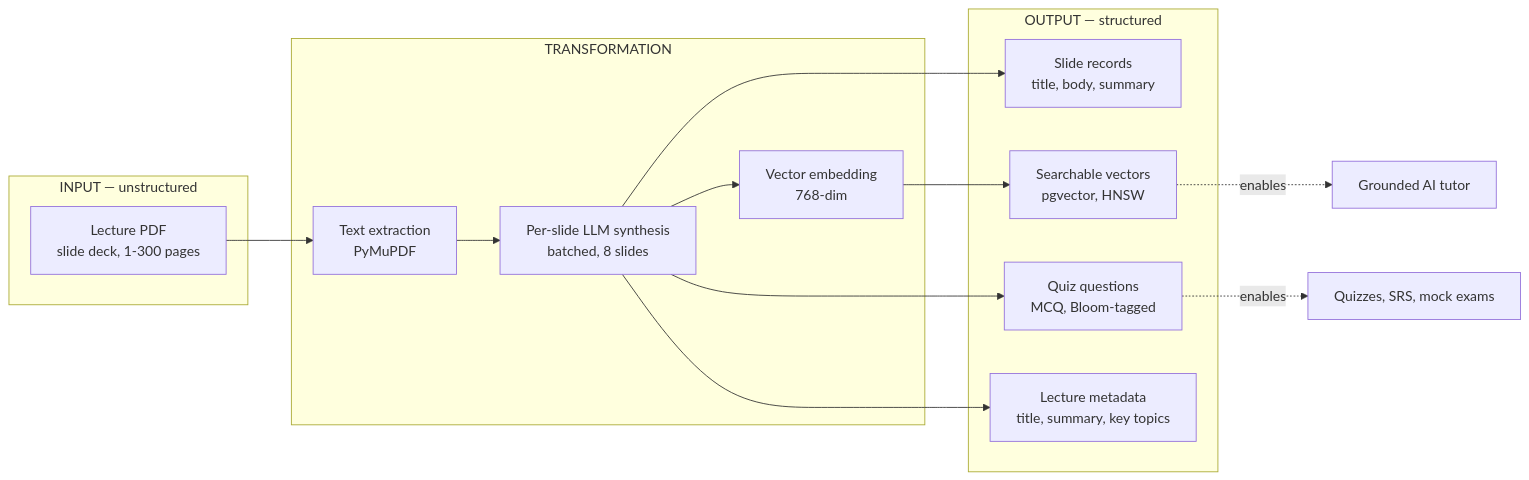
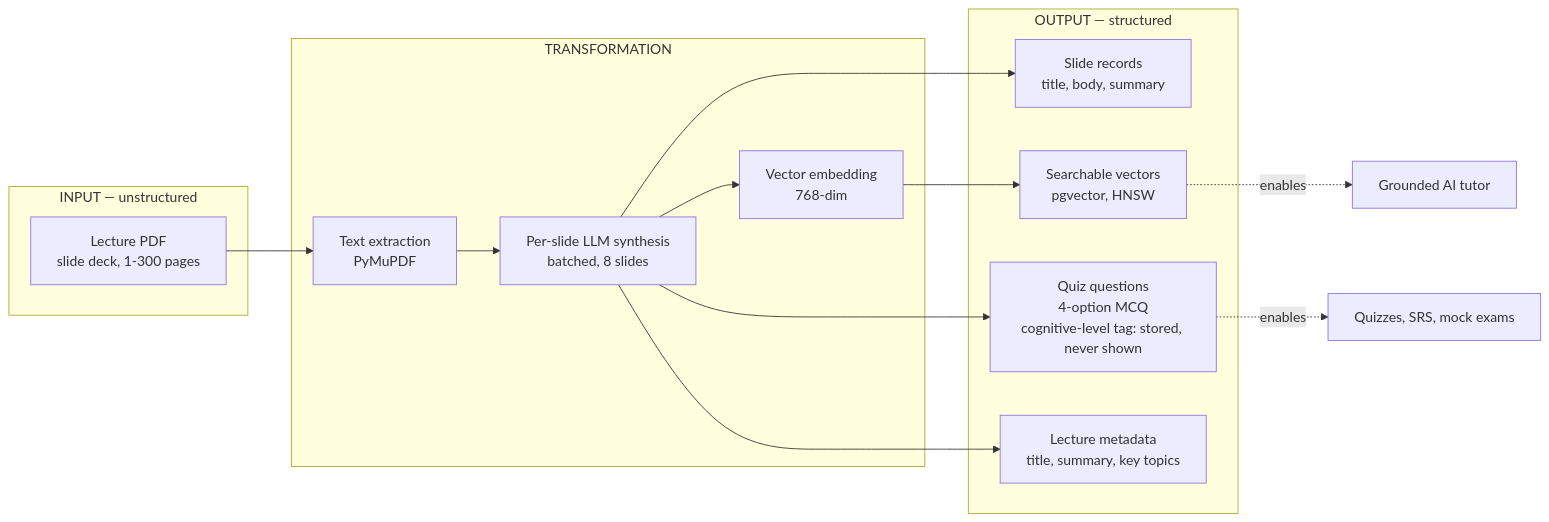
Before and after one commit to osamash0/ascend-academy: the first of 19 diagrams in docs/thesis/ARCHITECTURE_PRIMER.md, drawn with Mermaid. The commit also changed other lines of this file and 57 other files, not shown here.

````diff
--- a/docs/thesis/ARCHITECTURE_PRIMER.md
+++ b/docs/thesis/ARCHITECTURE_PRIMER.md
@@ -40,28 +40,28 @@
 ```mermaid
 flowchart LR
     subgraph IN["INPUT — unstructured"]
         A["Lecture PDF<br/>slide deck, 1-300 pages"]
     end
 
     subgraph PIPE["TRANSFORMATION"]
         B["Text extraction<br/>PyMuPDF"]
         C["Per-slide LLM synthesis<br/>batched, 8 slides"]
         D["Vector embedding<br/>768-dim"]
     end
 
     subgraph OUT["OUTPUT — structured"]
         E["Slide records<br/>title, body, summary"]
-        F["Quiz questions<br/>MCQ, Bloom-tagged"]
+        F["Quiz questions<br/>4-option MCQ<br/>cognitive-level tag: stored, never shown"]
         G["Searchable vectors<br/>pgvector, HNSW"]
         H["Lecture metadata<br/>title, summary, key topics"]
     end
 
     A --> B --> C --> D
     C --> E
     C --> F
     C --> H
     D --> G
 
     G -.->|"enables"| I["Grounded AI tutor"]
     F -.->|"enables"| J["Quizzes, SRS, mock exams"]
 ```
````
